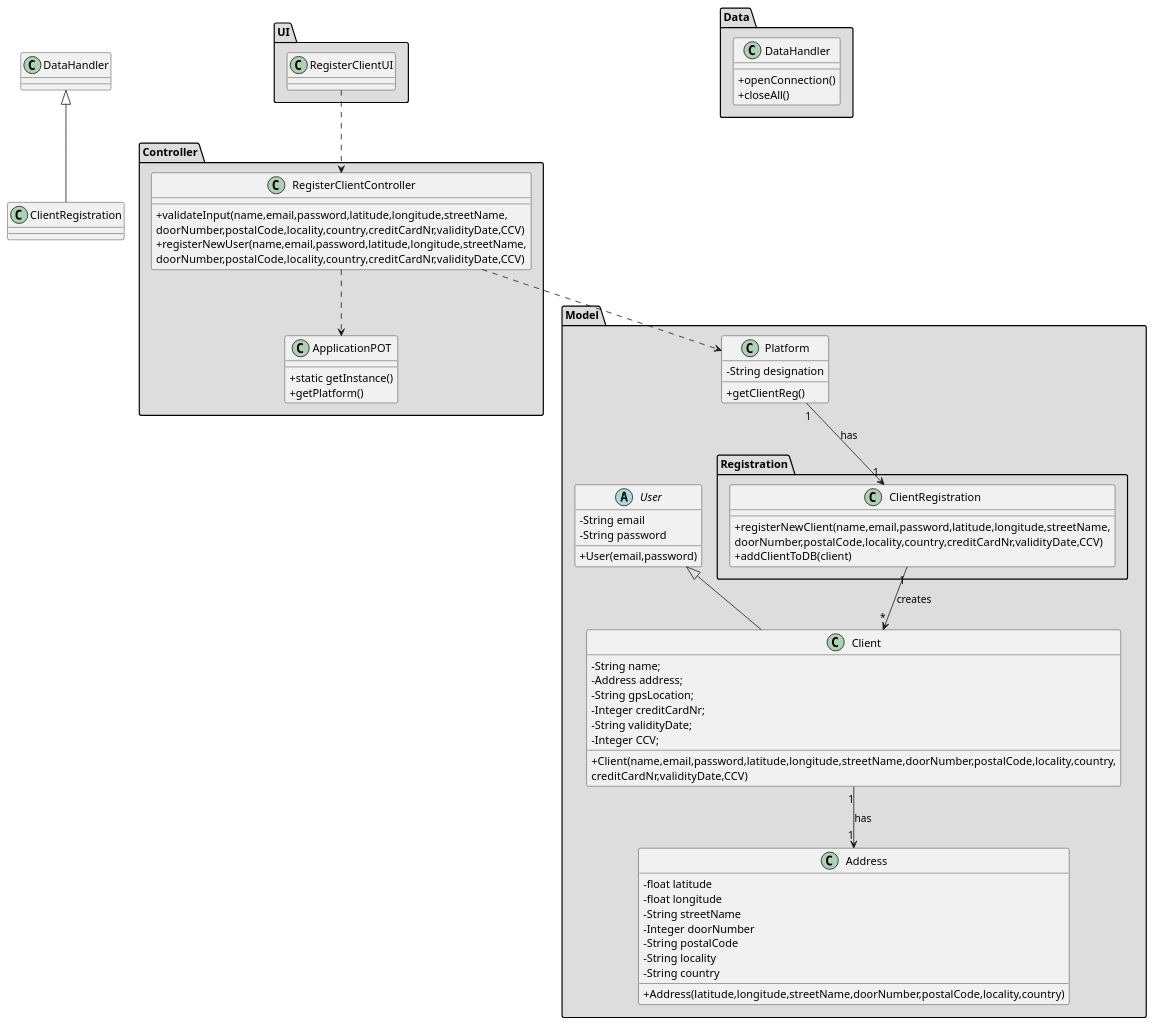
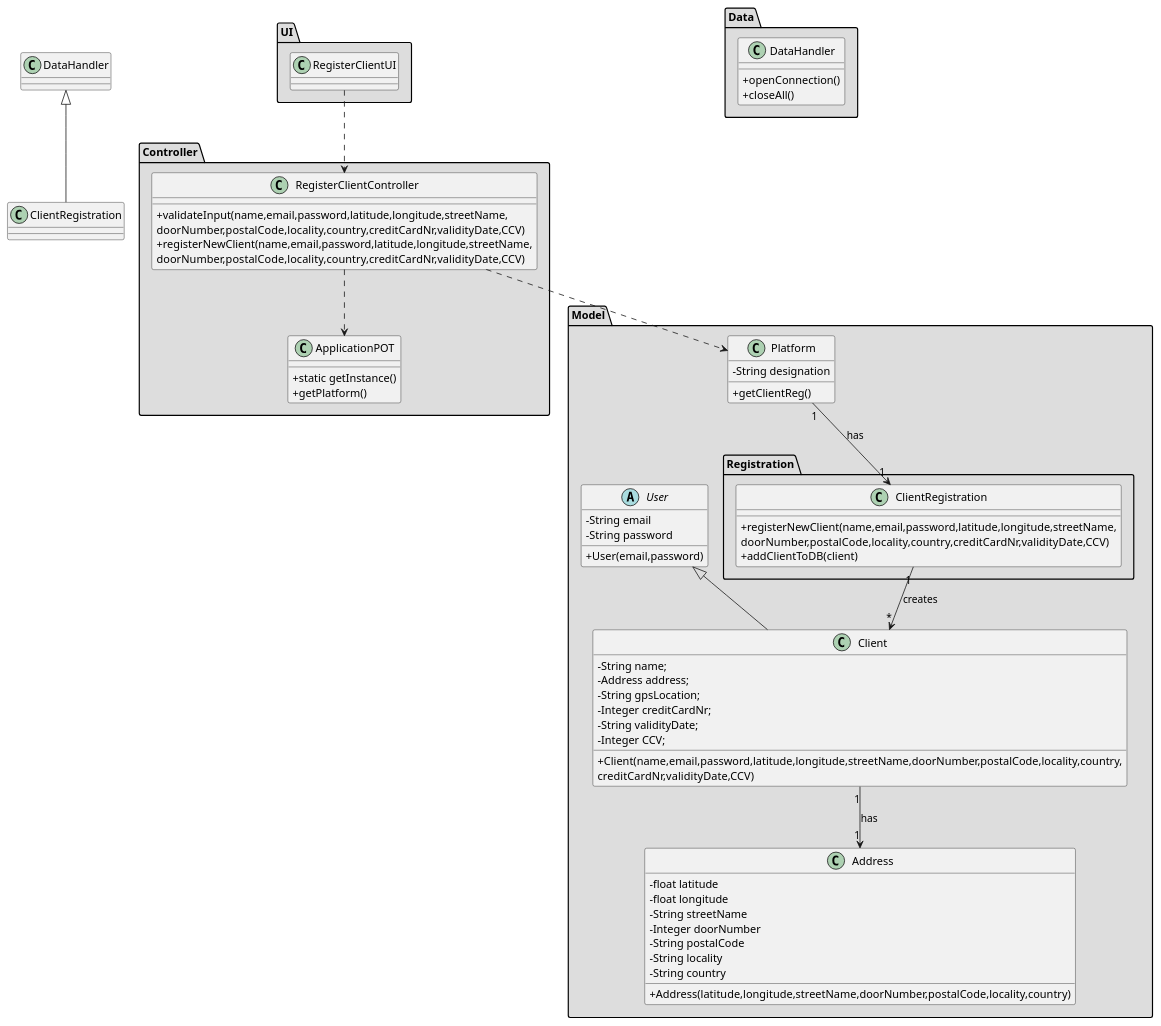
Before and after one commit to tiagoavcosta25/LAPR3: the diagram in docs/Iteration 1/User Management/US18_RegisterClient/US18_CD.puml, drawn with PlantUML. The commit also changed 11 other files, not shown here.

Commit message:
LAPR2AP2-21 #close Register Client [Design] [Implementation]

```diff
--- a/docs/Iteration 1/User Management/US18_RegisterClient/US18_CD.puml
+++ b/docs/Iteration 1/User Management/US18_RegisterClient/US18_CD.puml
@@ -1,97 +1,97 @@
 @startuml
 skinparam classAttributeIconSize 0
 
 
 package "Controller" #DDDDDD {
 class ApplicationPOT
 {
   +static getInstance()
   +getPlatform()
 }
 }
 
 
 package "UI" #DDDDDD {
 class RegisterClientUI{
 
 }
 }
 
 
 package "Controller" #DDDDDD {
 class RegisterClientController{
 +validateInput(name,email,password,latitude,longitude,streetName,\ndoorNumber,postalCode,locality,country,creditCardNr,validityDate,CCV)
-+registerNewUser(name,email,password,latitude,longitude,streetName,\ndoorNumber,postalCode,locality,country,creditCardNr,validityDate,CCV)
++registerNewClient(name,email,password,latitude,longitude,streetName,\ndoorNumber,postalCode,locality,country,creditCardNr,validityDate,CCV)
 }
 }
 
 
 package "Model" #DDDDDD {
 class Platform {
   -String designation
   +getClientReg()
 }
 package "Registration" #DDDDDD {
  class ClientRegistration{
  +registerNewClient(name,email,password,latitude,longitude,streetName,\ndoorNumber,postalCode,locality,country,creditCardNr,validityDate,CCV)
  +addClientToDB(client)
  }
  }
 }
 
 
 
 
 package "Model" #DDDDDD {
 abstract class User{
 -String email
 -String password
 +User(email,password)
 }
 
 class Client extends User
 
 class Client{
 -String name;
 -Address address;
 -String gpsLocation;
 -Integer creditCardNr;
 -String validityDate;
 -Integer CCV;
 +Client(name,email,password,latitude,longitude,streetName,doorNumber,postalCode,locality,country,
                         creditCardNr,validityDate,CCV)
 }
 
 class Address{
 -float latitude
 -float longitude
 -String streetName
 -Integer doorNumber
 -String postalCode
 -String locality
 -String country
 +Address(latitude,longitude,streetName,doorNumber,postalCode,locality,country)
 }
 
 }
 
 
 package "Data" #DDDDDD {
 class DataHandler{
 +openConnection()
 +closeAll()
 }
 
 }
 
 
 RegisterClientUI ..> RegisterClientController
 RegisterClientController ..> Platform
 RegisterClientController ..> ApplicationPOT
 Platform "1" --> "1" ClientRegistration : has
 ClientRegistration "1" --> "*" Client : creates
 class ClientRegistration extends DataHandler
 Client "1" --> "1" Address : has
 
 
 @enduml
```
